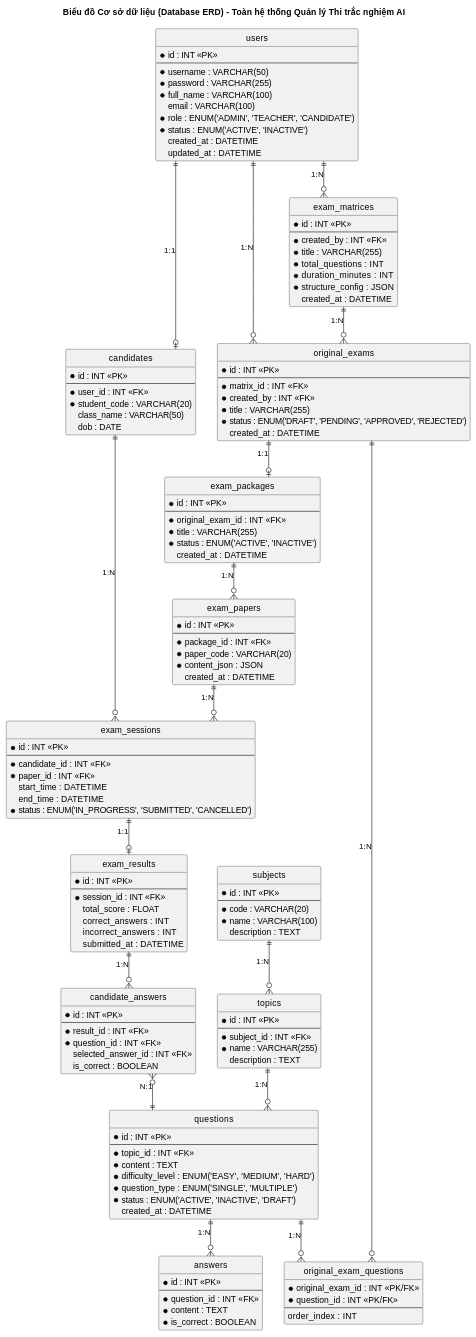
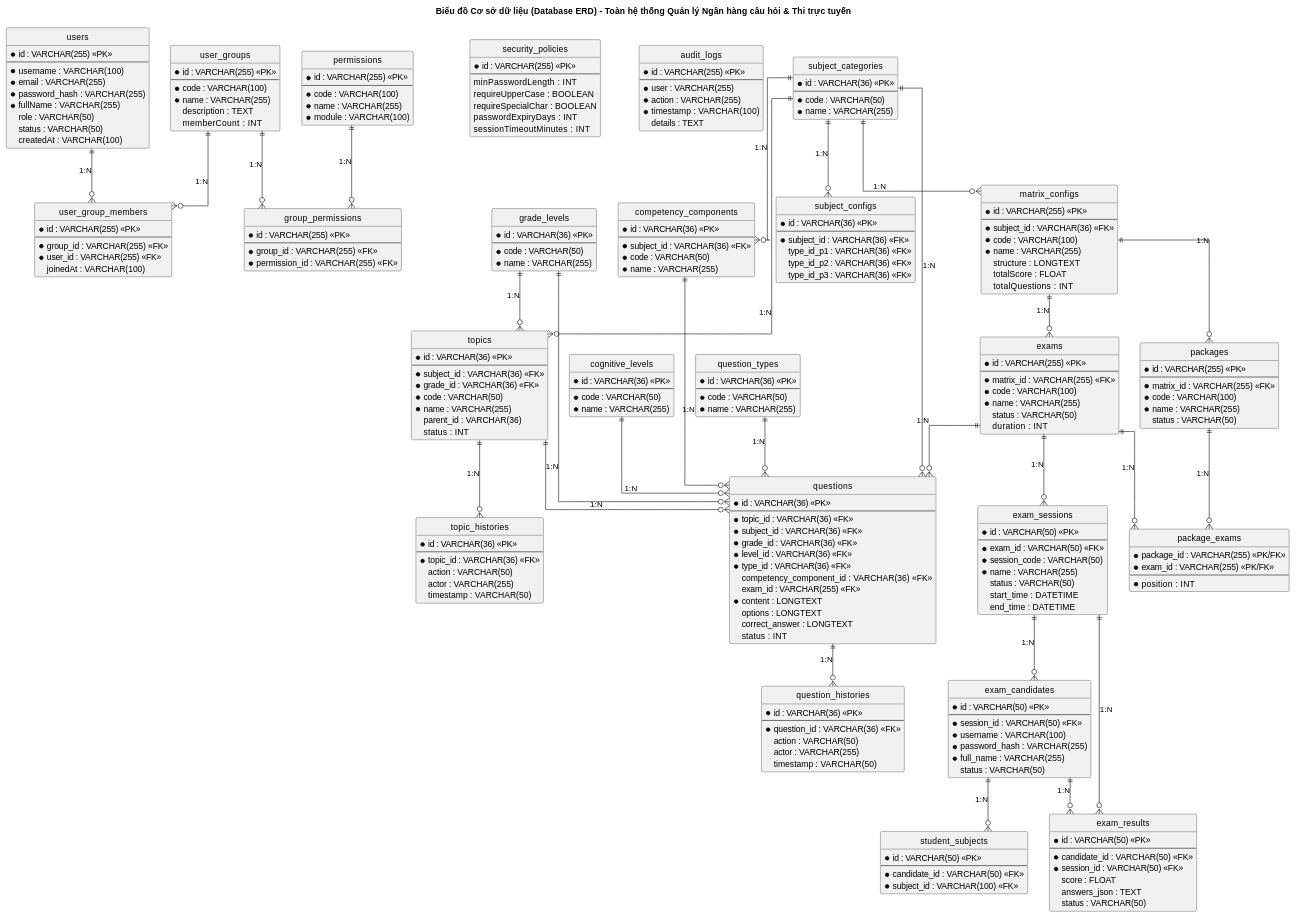
Before and after one commit to VuKV03/do-an-tot-nghiep: the second of 2 diagrams in Usecase/bieudolop.md, drawn with PlantUML. The commit also changed other lines of this file and 8 other files, not shown here.

````diff
--- a/Usecase/bieudolop.md
+++ b/Usecase/bieudolop.md
@@ -186,6 +265,6 @@
 ```plantuml
 @startuml
-title Biểu đồ Cơ sở dữ liệu (Database ERD) - Toàn hệ thống Quản lý Thi trắc nghiệm AI
+title Biểu đồ Cơ sở dữ liệu (Database ERD) - Toàn hệ thống Quản lý Ngân hàng câu hỏi & Thi trực tuyến
 
 ' Style settings
 hide circle
@@ -197,164 +276,272 @@
     ArrowColor #2C3E50
 }
 
-' ================= User Management =================
+' ================= User & Security Management =================
 entity "users" as users {
-  * id : INT <<PK>>
+  * id : VARCHAR(255) <<PK>>
   --
-  * username : VARCHAR(50)
-  * password : VARCHAR(255)
-  * full_name : VARCHAR(100)
-  email : VARCHAR(100)
-  * role : ENUM('ADMIN', 'TEACHER', 'CANDIDATE')
-  * status : ENUM('ACTIVE', 'INACTIVE')
-  created_at : DATETIME
-  updated_at : DATETIME
+  * username : VARCHAR(100)
+  * email : VARCHAR(255)
+  * password_hash : VARCHAR(255)
+  * fullName : VARCHAR(255)
+  role : VARCHAR(50)
+  status : VARCHAR(50)
+  createdAt : VARCHAR(100)
 }
 
-entity "candidates" as candidates {
-  * id : INT <<PK>>
+entity "user_groups" as user_groups {
+  * id : VARCHAR(255) <<PK>>
   --
-  * user_id : INT <<FK>>
-  * student_code : VARCHAR(20)
-  class_name : VARCHAR(50)
-  dob : DATE
+  * code : VARCHAR(100)
+  * name : VARCHAR(255)
+  description : TEXT
+  memberCount : INT
+}
+
+entity "user_group_members" as user_group_members {
+  * id : VARCHAR(255) <<PK>>
+  --
+  * group_id : VARCHAR(255) <<FK>>
+  * user_id : VARCHAR(255) <<FK>>
+  joinedAt : VARCHAR(100)
+}
+
+entity "permissions" as permissions {
+  * id : VARCHAR(255) <<PK>>
+  --
+  * code : VARCHAR(100)
+  * name : VARCHAR(255)
+  * module : VARCHAR(100)
+}
+
+entity "group_permissions" as group_permissions {
+  * id : VARCHAR(255) <<PK>>
+  --
+  * group_id : VARCHAR(255) <<FK>>
+  * permission_id : VARCHAR(255) <<FK>>
+}
+
+entity "security_policies" as security_policies {
+  * id : VARCHAR(255) <<PK>>
+  --
+  minPasswordLength : INT
+  requireUpperCase : BOOLEAN
+  requireSpecialChar : BOOLEAN
+  passwordExpiryDays : INT
+  sessionTimeoutMinutes : INT
+}
+
+entity "audit_logs" as audit_logs {
+  * id : VARCHAR(255) <<PK>>
+  --
+  * user : VARCHAR(255)
+  * action : VARCHAR(255)
+  * timestamp : VARCHAR(100)
+  details : TEXT
+}
+
+' ================= Category Management =================
+entity "subject_categories" as subject_categories {
+  * id : VARCHAR(36) <<PK>>
+  --
+  * code : VARCHAR(50)
+  * name : VARCHAR(255)
+}
+
+entity "grade_levels" as grade_levels {
+  * id : VARCHAR(36) <<PK>>
+  --
+  * code : VARCHAR(50)
+  * name : VARCHAR(255)
+}
+
+entity "cognitive_levels" as cognitive_levels {
+  * id : VARCHAR(36) <<PK>>
+  --
+  * code : VARCHAR(50)
+  * name : VARCHAR(255)
+}
+
+entity "competency_components" as competency_components {
+  * id : VARCHAR(36) <<PK>>
+  --
+  * subject_id : VARCHAR(36) <<FK>>
+  * code : VARCHAR(50)
+  * name : VARCHAR(255)
+}
+
+entity "question_types" as question_types {
+  * id : VARCHAR(36) <<PK>>
+  --
+  * code : VARCHAR(50)
+  * name : VARCHAR(255)
 }
 
 ' ================= Question Bank =================
-entity "subjects" as subjects {
-  * id : INT <<PK>>
+entity "topics" as topics {
+  * id : VARCHAR(36) <<PK>>
   --
-  * code : VARCHAR(20)
-  * name : VARCHAR(100)
-  description : TEXT
+  * subject_id : VARCHAR(36) <<FK>>
+  * grade_id : VARCHAR(36) <<FK>>
+  * code : VARCHAR(50)
+  * name : VARCHAR(255)
+  parent_id : VARCHAR(36)
+  status : INT
 }
 
-entity "topics" as topics {
-  * id : INT <<PK>>
+entity "topic_histories" as topic_histories {
+  * id : VARCHAR(36) <<PK>>
   --
-  * subject_id : INT <<FK>>
-  * name : VARCHAR(255)
-  description : TEXT
+  * topic_id : VARCHAR(36) <<FK>>
+  action : VARCHAR(50)
+  actor : VARCHAR(255)
+  timestamp : VARCHAR(50)
 }
 
 entity "questions" as questions {
-  * id : INT <<PK>>
+  * id : VARCHAR(36) <<PK>>
   --
-  * topic_id : INT <<FK>>
-  * content : TEXT
-  * difficulty_level : ENUM('EASY', 'MEDIUM', 'HARD')
-  * question_type : ENUM('SINGLE', 'MULTIPLE')
-  * status : ENUM('ACTIVE', 'INACTIVE', 'DRAFT')
-  created_at : DATETIME
+  * topic_id : VARCHAR(36) <<FK>>
+  * subject_id : VARCHAR(36) <<FK>>
+  * grade_id : VARCHAR(36) <<FK>>
+  * level_id : VARCHAR(36) <<FK>>
+  * type_id : VARCHAR(36) <<FK>>
+  competency_component_id : VARCHAR(36) <<FK>>
+  exam_id : VARCHAR(255) <<FK>>
+  * content : LONGTEXT
+  options : LONGTEXT
+  correct_answer : LONGTEXT
+  status : INT
 }
 
-entity "answers" as answers {
-  * id : INT <<PK>>
+entity "question_histories" as question_histories {
+  * id : VARCHAR(36) <<PK>>
   --
-  * question_id : INT <<FK>>
-  * content : TEXT
-  * is_correct : BOOLEAN
+  * question_id : VARCHAR(36) <<FK>>
+  action : VARCHAR(50)
+  actor : VARCHAR(255)
+  timestamp : VARCHAR(50)
+}
+
+entity "subject_configs" as subject_configs {
+  * id : VARCHAR(36) <<PK>>
+  --
+  * subject_id : VARCHAR(36) <<FK>>
+  type_id_p1 : VARCHAR(36) <<FK>>
+  type_id_p2 : VARCHAR(36) <<FK>>
+  type_id_p3 : VARCHAR(36) <<FK>>
 }
 
 ' ================= Exam Generation =================
-entity "exam_matrices" as exam_matrices {
-  * id : INT <<PK>>
+entity "matrix_configs" as matrix_configs {
+  * id : VARCHAR(255) <<PK>>
   --
-  * created_by : INT <<FK>>
-  * title : VARCHAR(255)
-  * total_questions : INT
-  * duration_minutes : INT
-  * structure_config : JSON
-  created_at : DATETIME
+  * subject_id : VARCHAR(36) <<FK>>
+  * code : VARCHAR(100)
+  * name : VARCHAR(255)
+  structure : LONGTEXT
+  totalScore : FLOAT
+  totalQuestions : INT
 }
 
-entity "original_exams" as original_exams {
-  * id : INT <<PK>>
+entity "packages" as packages {
+  * id : VARCHAR(255) <<PK>>
   --
-  * matrix_id : INT <<FK>>
-  * created_by : INT <<FK>>
-  * title : VARCHAR(255)
-  * status : ENUM('DRAFT', 'PENDING', 'APPROVED', 'REJECTED')
-  created_at : DATETIME
+  * matrix_id : VARCHAR(255) <<FK>>
+  * code : VARCHAR(100)
+  * name : VARCHAR(255)
+  status : VARCHAR(50)
 }
 
-entity "original_exam_questions" as original_exam_questions {
-  * original_exam_id : INT <<PK/FK>>
-  * question_id : INT <<PK/FK>>
+entity "exams" as exams {
+  * id : VARCHAR(255) <<PK>>
   --
-  order_index : INT
+  * matrix_id : VARCHAR(255) <<FK>>
+  * code : VARCHAR(100)
+  * name : VARCHAR(255)
+  status : VARCHAR(50)
+  duration : INT
 }
 
-entity "exam_packages" as exam_packages {
-  * id : INT <<PK>>
+entity "package_exams" as package_exams {
+  * package_id : VARCHAR(255) <<PK/FK>>
+  * exam_id : VARCHAR(255) <<PK/FK>>
   --
-  * original_exam_id : INT <<FK>>
-  * title : VARCHAR(255)
-  * status : ENUM('ACTIVE', 'INACTIVE')
-  created_at : DATETIME
-}
-
-entity "exam_papers" as exam_papers {
-  * id : INT <<PK>>
-  --
-  * package_id : INT <<FK>>
-  * paper_code : VARCHAR(20)
-  * content_json : JSON
-  created_at : DATETIME
+  * position : INT
 }
 
 ' ================= Exam Execution & Results =================
 entity "exam_sessions" as exam_sessions {
-  * id : INT <<PK>>
+  * id : VARCHAR(50) <<PK>>
   --
-  * candidate_id : INT <<FK>>
-  * paper_id : INT <<FK>>
+  * exam_id : VARCHAR(50) <<FK>>
+  * session_code : VARCHAR(50)
+  * name : VARCHAR(255)
+  status : VARCHAR(50)
   start_time : DATETIME
   end_time : DATETIME
-  * status : ENUM('IN_PROGRESS', 'SUBMITTED', 'CANCELLED')
+}
+
+entity "exam_candidates" as exam_candidates {
+  * id : VARCHAR(50) <<PK>>
+  --
+  * session_id : VARCHAR(50) <<FK>>
+  * username : VARCHAR(100)
+  * password_hash : VARCHAR(255)
+  * full_name : VARCHAR(255)
+  status : VARCHAR(50)
+}
+
+entity "student_subjects" as student_subjects {
+  * id : VARCHAR(50) <<PK>>
+  --
+  * candidate_id : VARCHAR(50) <<FK>>
+  * subject_id : VARCHAR(100) <<FK>>
 }
 
 entity "exam_results" as exam_results {
-  * id : INT <<PK>>
+  * id : VARCHAR(50) <<PK>>
   --
-  * session_id : INT <<FK>>
-  total_score : FLOAT
-  correct_answers : INT
-  incorrect_answers : INT
-  submitted_at : DATETIME
-}
-
-entity "candidate_answers" as candidate_answers {
-  * id : INT <<PK>>
-  --
-  * result_id : INT <<FK>>
-  * question_id : INT <<FK>>
-  selected_answer_id : INT <<FK>>
-  is_correct : BOOLEAN
+  * candidate_id : VARCHAR(50) <<FK>>
+  * session_id : VARCHAR(50) <<FK>>
+  score : FLOAT
+  answers_json : TEXT
+  status : VARCHAR(50)
 }
 
 ' ================= Relationships (Ràng buộc khóa ngoại) =================
-users ||--o| candidates : "1:1"
-users ||--o{ exam_matrices : "1:N"
-users ||--o{ original_exams : "1:N"
+users ||--o{ user_group_members : "1:N"
+user_groups ||--o{ user_group_members : "1:N"
+user_groups ||--o{ group_permissions : "1:N"
+permissions ||--o{ group_permissions : "1:N"
 
-subjects ||--o{ topics : "1:N"
+subject_categories ||--o{ competency_components : "1:N"
+subject_categories ||--o{ topics : "1:N"
+subject_categories ||--o{ questions : "1:N"
+grade_levels ||--o{ topics : "1:N"
+grade_levels ||--o{ questions : "1:N"
+cognitive_levels ||--o{ questions : "1:N"
+question_types ||--o{ questions : "1:N"
+competency_components ||--o{ questions : "1:N"
+
+topics ||--o{ topic_histories : "1:N"
 topics ||--o{ questions : "1:N"
-questions ||--o{ answers : "1:N"
+questions ||--o{ question_histories : "1:N"
 
-exam_matrices ||--o{ original_exams : "1:N"
-original_exams ||--o{ original_exam_questions : "1:N"
-questions ||--o{ original_exam_questions : "1:N"
+subject_categories ||--o{ subject_configs : "1:N"
+subject_categories ||--o{ matrix_configs : "1:N"
 
-original_exams ||--o| exam_packages : "1:1"
-exam_packages ||--o{ exam_papers : "1:N"
+matrix_configs ||--o{ packages : "1:N"
+matrix_configs ||--o{ exams : "1:N"
+packages ||--o{ package_exams : "1:N"
+exams ||--o{ package_exams : "1:N"
+exams ||--o{ questions : "1:N"
 
-candidates ||--o{ exam_sessions : "1:N"
-exam_papers ||--o{ exam_sessions : "1:N"
-
-exam_sessions ||--o| exam_results : "1:1"
-exam_results ||--o{ candidate_answers : "1:N"
-candidate_answers }o--|| questions : "N:1"
+exams ||--o{ exam_sessions : "1:N"
+exam_sessions ||--o{ exam_candidates : "1:N"
+exam_candidates ||--o{ student_subjects : "1:N"
+exam_candidates ||--o{ exam_results : "1:N"
+exam_sessions ||--o{ exam_results : "1:N"
 
 @enduml
 ```
````
